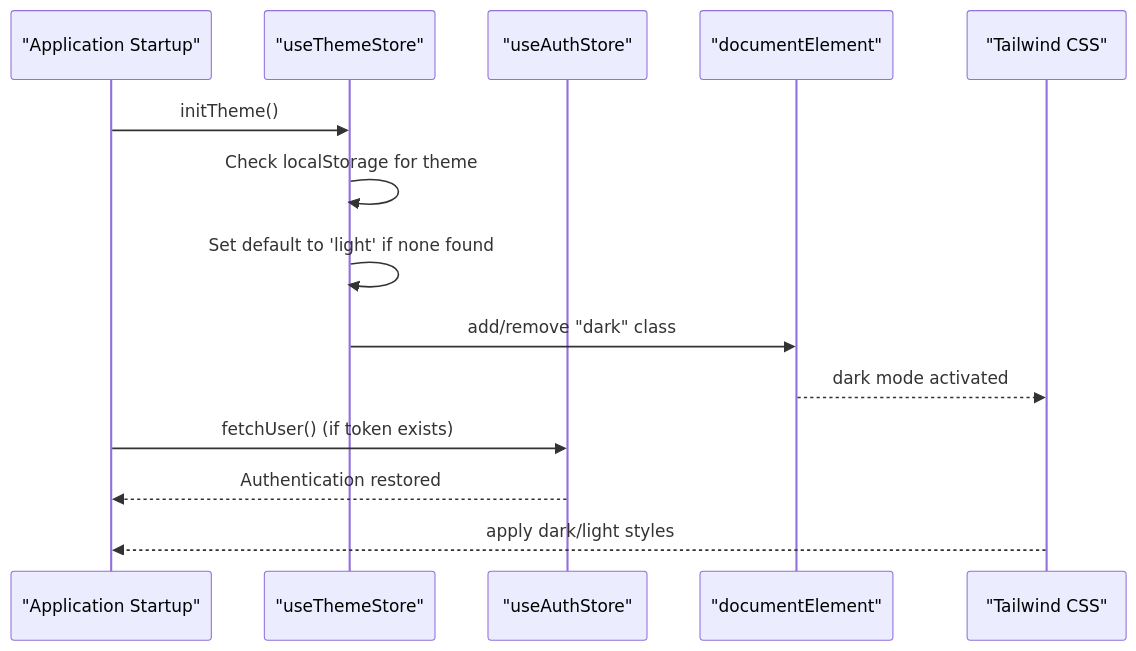
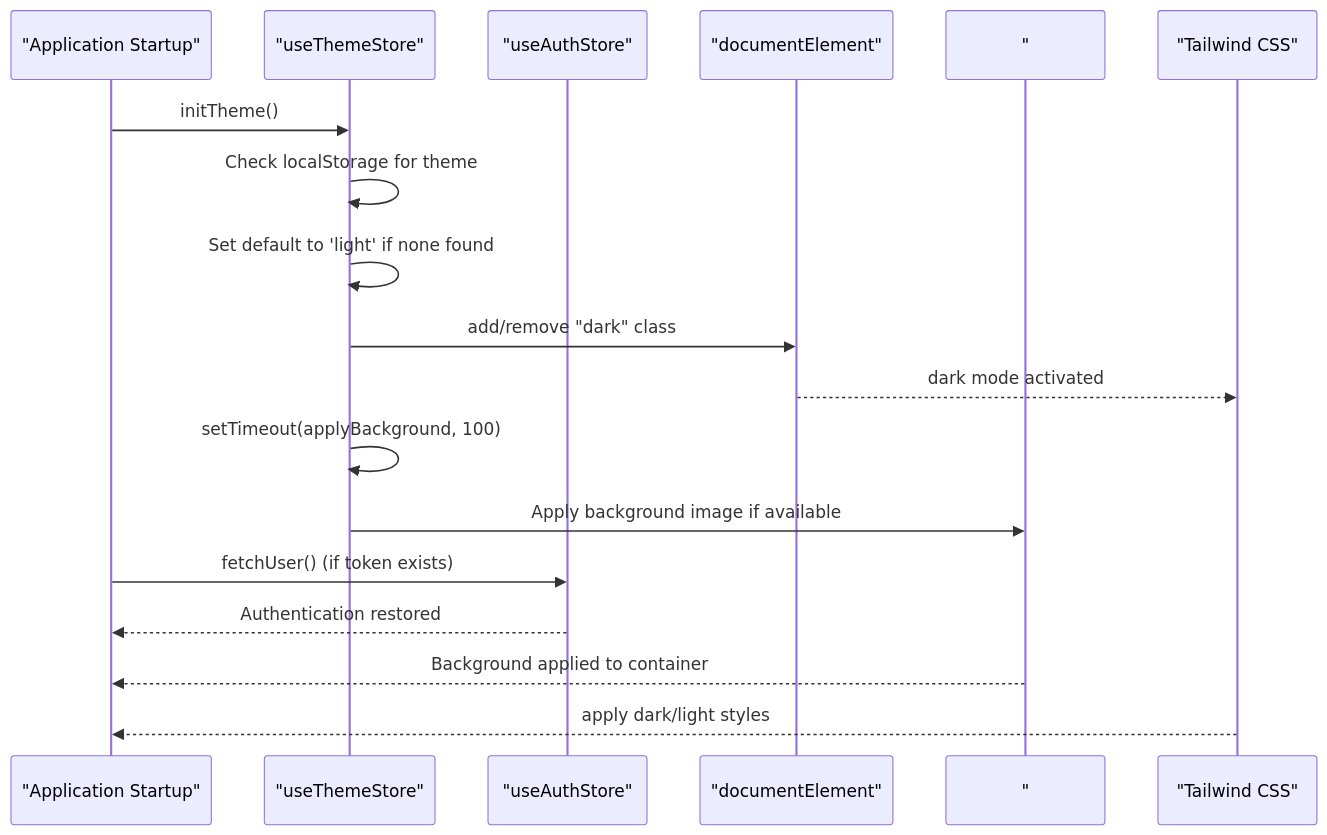
The second of 8 diagrams in .qoder/repowiki/en/content/Frontend Architecture/Theming and Customization.md (Nikita5543/New-SSO-02), drawn with Mermaid before and after one commit. The commit also changed other lines of this file and 7 other files, not shown here.

````diff
--- a/.qoder/repowiki/en/content/Frontend Architecture/Theming and Customization.md
+++ b/.qoder/repowiki/en/content/Frontend Architecture/Theming and Customization.md
@@ -123,16 +146,20 @@
 ```mermaid
 sequenceDiagram
 participant APP as "Application Startup"
 participant TS as "useThemeStore"
 participant AUTH as "useAuthStore"
 participant DOM as "documentElement"
+participant BG as "#app-background"
 participant TW as "Tailwind CSS"
 APP->>TS : initTheme()
 TS->>TS : Check localStorage for theme
 TS->>TS : Set default to 'light' if none found
 TS->>DOM : add/remove "dark" class
 DOM-->>TW : dark mode activated
+TS->>TS : setTimeout(applyBackground, 100)
+TS->>BG : Apply background image if available
 APP->>AUTH : fetchUser() (if token exists)
 AUTH-->>APP : Authentication restored
+BG-->>APP : Background applied to container
 TW-->>APP : apply dark/light styles
 ```
````
